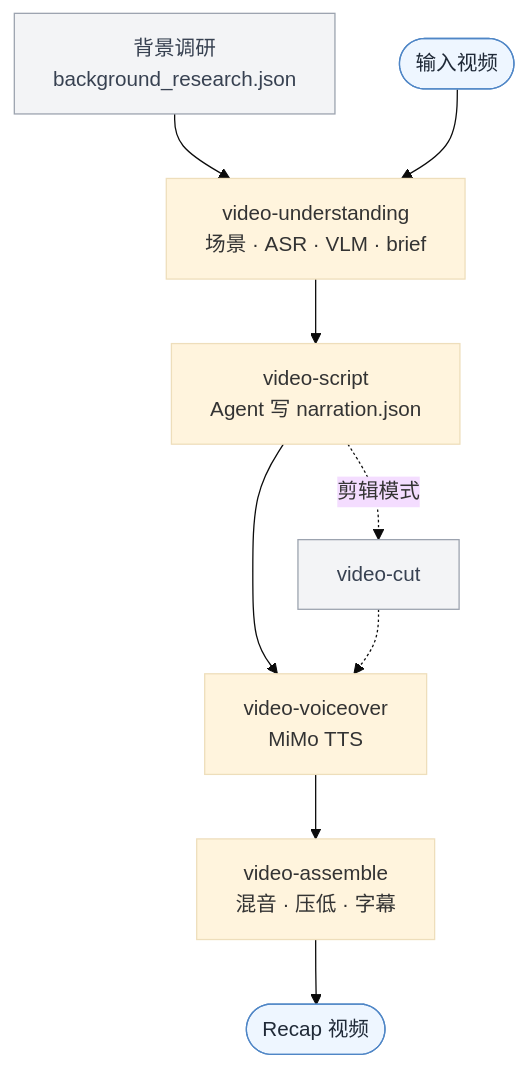
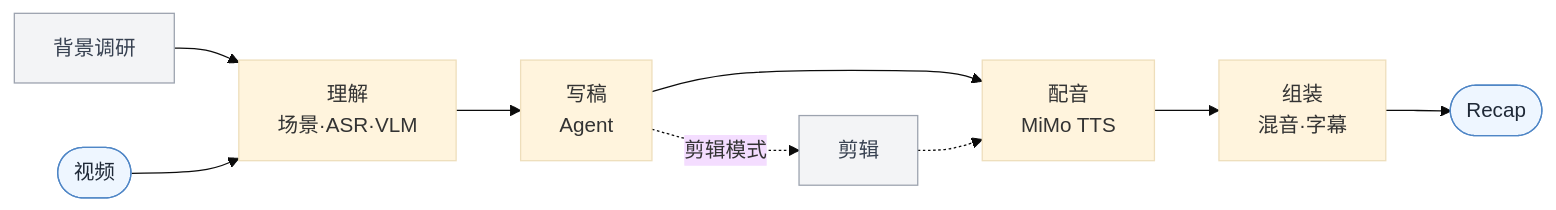
Before and after one commit to worldwonderer/video-recap-skills: the diagram in README.md, drawn with Mermaid (base theme). The commit also changed other lines of this file and 3 other files, not shown here.

````diff
--- a/README.md
+++ b/README.md
@@ -23,15 +25,10 @@
 ```mermaid
-flowchart TD
-    research["背景调研<br/>background_research.json"] --> understand
-    video(["输入视频"]) --> understand["video-understanding<br/>场景 · ASR · VLM · brief"]
-    understand --> script["video-script<br/>Agent 写 narration.json"]
-    script --> voiceover["video-voiceover<br/>MiMo TTS"]
-    voiceover --> assemble["video-assemble<br/>混音 · 压低 · 字幕"]
-    assemble --> output(["Recap 视频"])
-    script -. 剪辑模式 .-> cut["video-cut"] -.-> voiceover
-
+flowchart LR
+    research["背景调研"] --> understand
+    video(["视频"]) --> understand["理解<br/>场景·ASR·VLM"] --> script["写稿<br/>Agent"] --> voiceover["配音<br/>MiMo TTS"] --> assemble["组装<br/>混音·字幕"] --> output(["Recap"])
+    script -. 剪辑模式 .-> cut["剪辑"] -.-> voiceover
     classDef io fill:#eef6ff,stroke:#4f86c6,color:#1f2937;
     classDef opt fill:#f3f4f6,stroke:#9ca3af,color:#374151;
     class video,output io;
     class research,cut opt;
 ```
````
